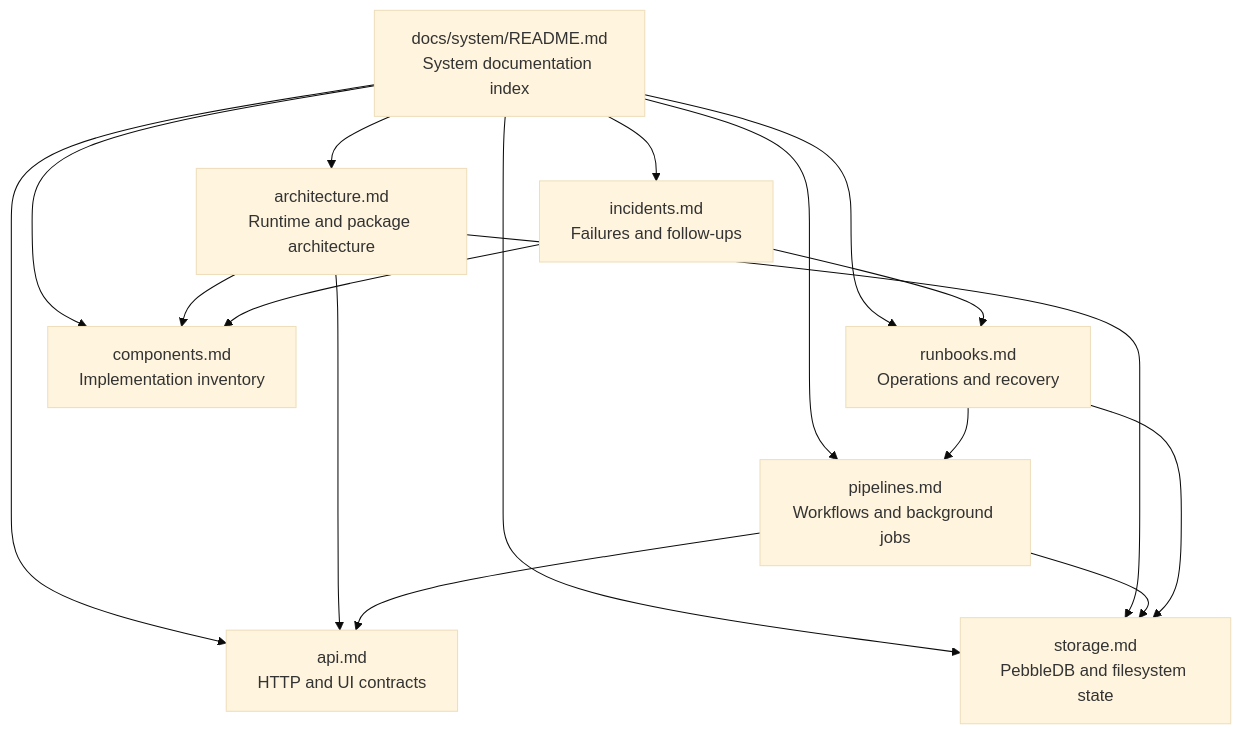
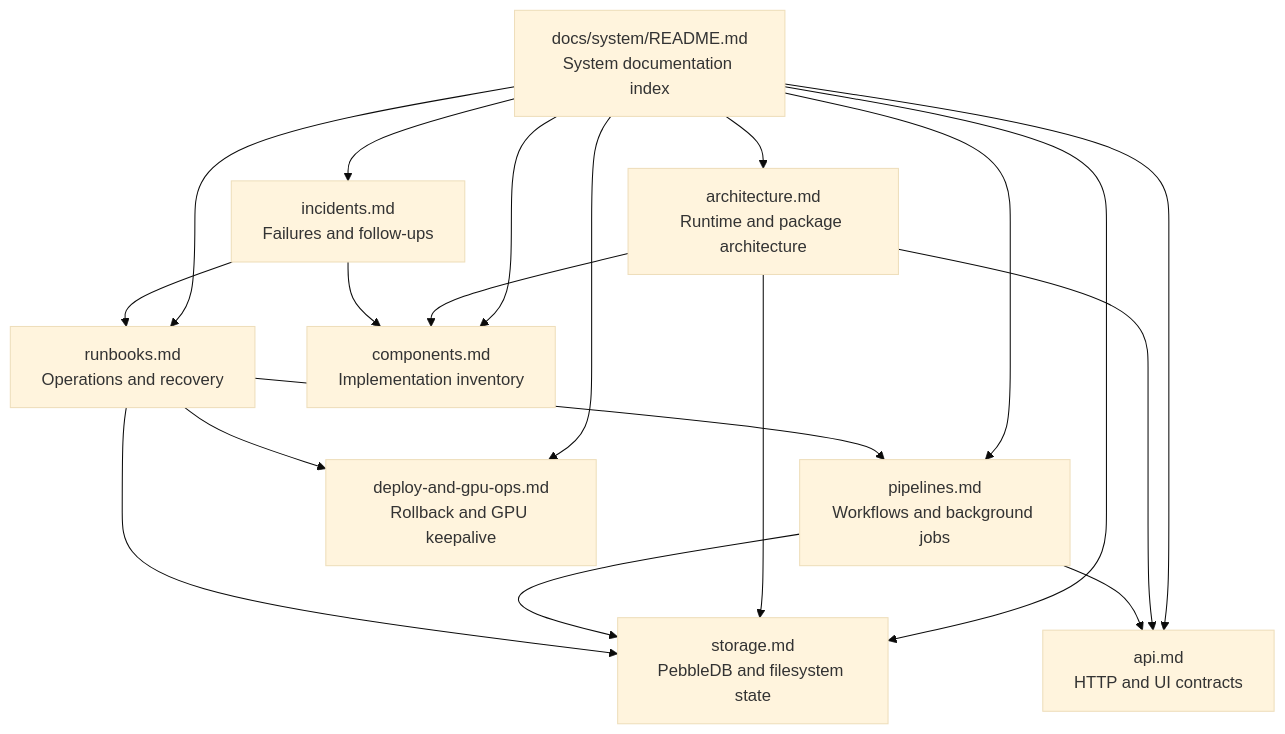
The diagram in docs/system/README.md (falkcorp/audiobook-organizer), drawn with Mermaid (base theme) before and after one commit. The commit also changed other lines of this file and 3 other files, not shown here.

````diff
--- a/docs/system/README.md
+++ b/docs/system/README.md
@@ -31,29 +36,32 @@
 ```mermaid
 flowchart TD
     Index["docs/system/README.md<br/>System documentation index"]
     Architecture["architecture.md<br/>Runtime and package architecture"]
     Pipelines["pipelines.md<br/>Workflows and background jobs"]
     Storage["storage.md<br/>PebbleDB and filesystem state"]
     API["api.md<br/>HTTP and UI contracts"]
     Runbooks["runbooks.md<br/>Operations and recovery"]
     Components["components.md<br/>Implementation inventory"]
     Incidents["incidents.md<br/>Failures and follow-ups"]
+    DeployGPU["deploy-and-gpu-ops.md<br/>Rollback and GPU keepalive"]
 
     Index --> Architecture
     Index --> Pipelines
     Index --> Storage
     Index --> API
     Index --> Runbooks
     Index --> Components
     Index --> Incidents
+    Index --> DeployGPU
 
     Architecture --> Components
     Architecture --> API
     Architecture --> Storage
     Pipelines --> Storage
     Pipelines --> API
     Runbooks --> Pipelines
     Runbooks --> Storage
+    Runbooks --> DeployGPU
     Incidents --> Runbooks
     Incidents --> Components
 ```
````
